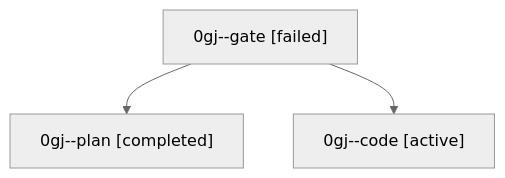
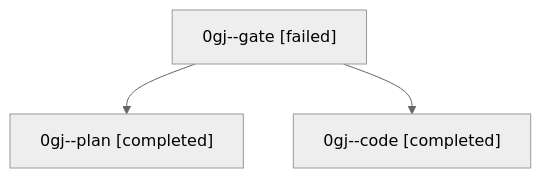
Before and after one commit to sase-org/sase--agents: the diagram in families/bbugyi200.athena.0gj.md, drawn with Mermaid (neutral theme). The commit also changed other lines of this file and 667 other files, not shown here.

````diff
--- a/families/bbugyi200.athena.0gj.md
+++ b/families/bbugyi200.athena.0gj.md
@@ -9,8 +9,8 @@
 ```mermaid
 flowchart TD
   n0["0gj--gate [failed]"]
   n1["0gj--plan [completed]"]
   n0 --> n1
-  n2["0gj--code [active]"]
+  n2["0gj--code [completed]"]
   n0 --> n2
 ```
````
